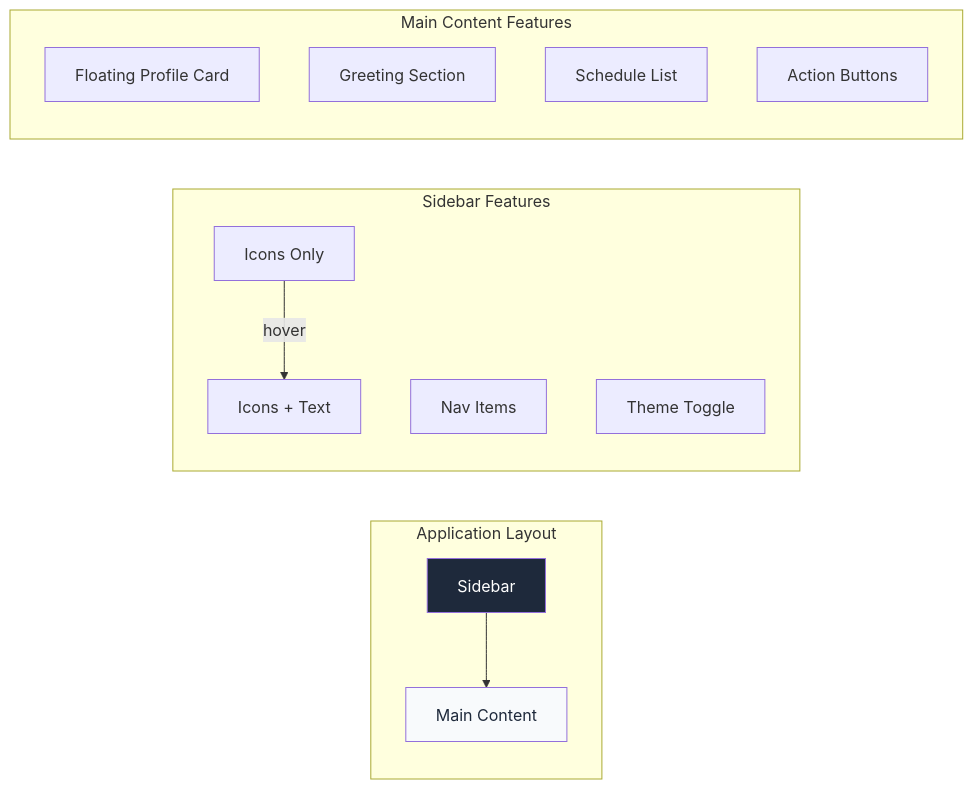
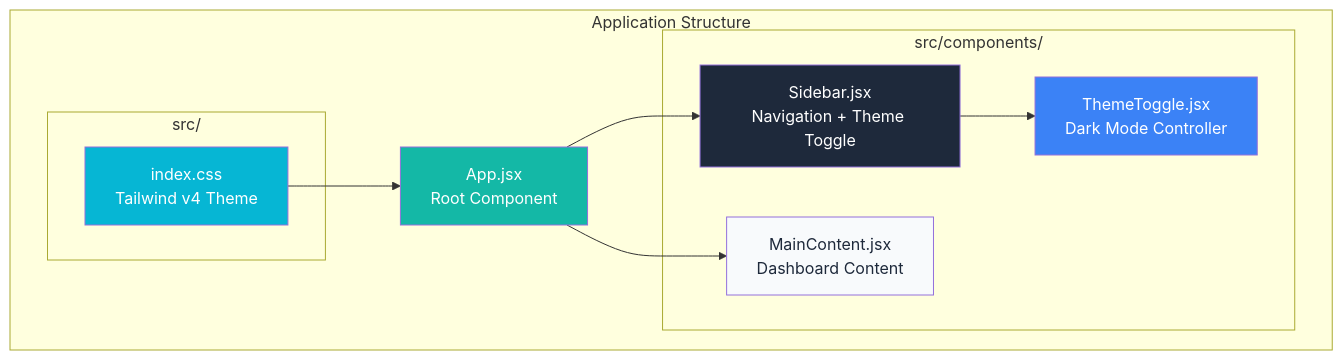
The first of 7 diagrams in 13-week-13/13.2-creating-sidebars-tailwind/README.md (pentoshi007/cohort-mine), drawn with Mermaid before and after one commit. The commit also changed other lines of this file, not shown here.

````diff
--- a/13-week-13/13.2-creating-sidebars-tailwind/README.md
+++ b/13-week-13/13.2-creating-sidebars-tailwind/README.md
@@ -35,22 +73,27 @@
 ```mermaid
-graph LR
-    subgraph Layout["Application Layout"]
-        A[Sidebar] --> B[Main Content]
+graph TB
+    subgraph Application["Application Structure"]
+        App["App.jsx<br/>Root Component"]
+        
+        subgraph Components["src/components/"]
+            Sidebar["Sidebar.jsx<br/>Navigation + Theme Toggle"]
+            MainContent["MainContent.jsx<br/>Dashboard Content"]
+            ThemeToggle["ThemeToggle.jsx<br/>Dark Mode Controller"]
+        end
+        
+        subgraph Styles["src/"]
+            IndexCSS["index.css<br/>Tailwind v4 Theme"]
+        end
     end
     
-    subgraph Sidebar["Sidebar Features"]
-        C[Icons Only] -->|hover| D[Icons + Text]
-        E[Nav Items]
-        F[Theme Toggle]
-    end
+    App --> Sidebar
+    App --> MainContent
+    Sidebar --> ThemeToggle
+    IndexCSS --> App
     
-    subgraph MainContent["Main Content Features"]
-        G[Floating Profile Card]
-        H[Greeting Section]
-        I[Schedule List]
-        J[Action Buttons]
-    end
-    
-    style A fill:#1e293b,color:#fff
-    style B fill:#f8fafc,color:#1e293b
+    style App fill:#14b8a6,color:#fff
+    style Sidebar fill:#1e293b,color:#fff
+    style MainContent fill:#f8fafc,color:#1e293b
+    style ThemeToggle fill:#3b82f6,color:#fff
+    style IndexCSS fill:#06b6d4,color:#fff
 ```
````
